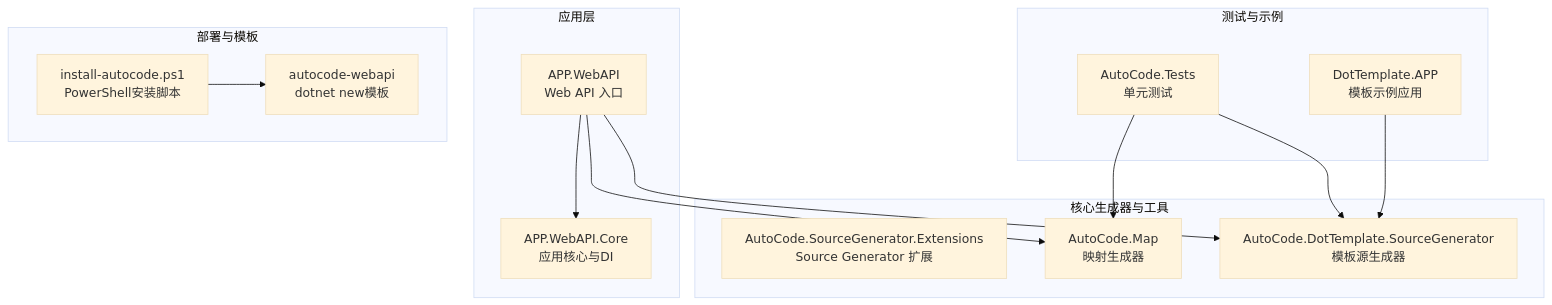
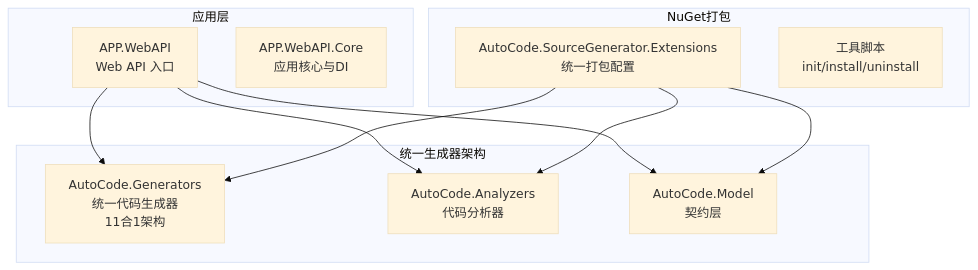
One commit to alivy/AutoCode changed the first of 6 diagrams in .qoder/repowiki/zh/content/部署与发布/部署与发布.md. Above: the diagram before and after it, drawn with Mermaid (base theme). The commit also changed other lines of this file and 279 other files, not shown here.

````diff
--- a/.qoder/repowiki/zh/content/部署与发布/部署与发布.md
+++ b/.qoder/repowiki/zh/content/部署与发布/部署与发布.md
@@ -69,27 +59,22 @@
 ```mermaid
 graph TB
 subgraph "应用层"
 WebAPI["APP.WebAPI<br/>Web API 入口"]
 Core["APP.WebAPI.Core<br/>应用核心与DI"]
 end
-subgraph "核心生成器与工具"
-SGExt["AutoCode.SourceGenerator.Extensions<br/>Source Generator 扩展"]
-MapGen["AutoCode.Map<br/>映射生成器"]
-DotTplSG["AutoCode.DotTemplate.SourceGenerator<br/>模板源生成器"]
+subgraph "统一生成器架构"
+UnifiedGen["AutoCode.Generators<br/>统一代码生成器<br/>11合1架构"]
+Analyzers["AutoCode.Analyzers<br/>代码分析器"]
+Model["AutoCode.Model<br/>契约层"]
 end
-subgraph "测试与示例"
-Tests["AutoCode.Tests<br/>单元测试"]
-DotApp["DotTemplate.APP<br/>模板示例应用"]
+subgraph "NuGet打包"
+PackConfig["AutoCode.SourceGenerator.Extensions<br/>统一打包配置"]
+Tools["工具脚本<br/>init/install/uninstall"]
 end
-subgraph "部署与模板"
-InstallScript["install-autocode.ps1<br/>PowerShell安装脚本"]
-WebApiTemplate["autocode-webapi<br/>dotnet new模板"]
-end
-WebAPI --> Core
-WebAPI --> MapGen
-WebAPI --> DotTplSG
-Tests --> MapGen
-Tests --> DotTplSG
-DotApp --> DotTplSG
-InstallScript --> WebApiTemplate
+WebAPI --> UnifiedGen
+WebAPI --> Analyzers
+WebAPI --> Model
+PackConfig --> UnifiedGen
+PackConfig --> Analyzers
+PackConfig --> Model
 ```
````
